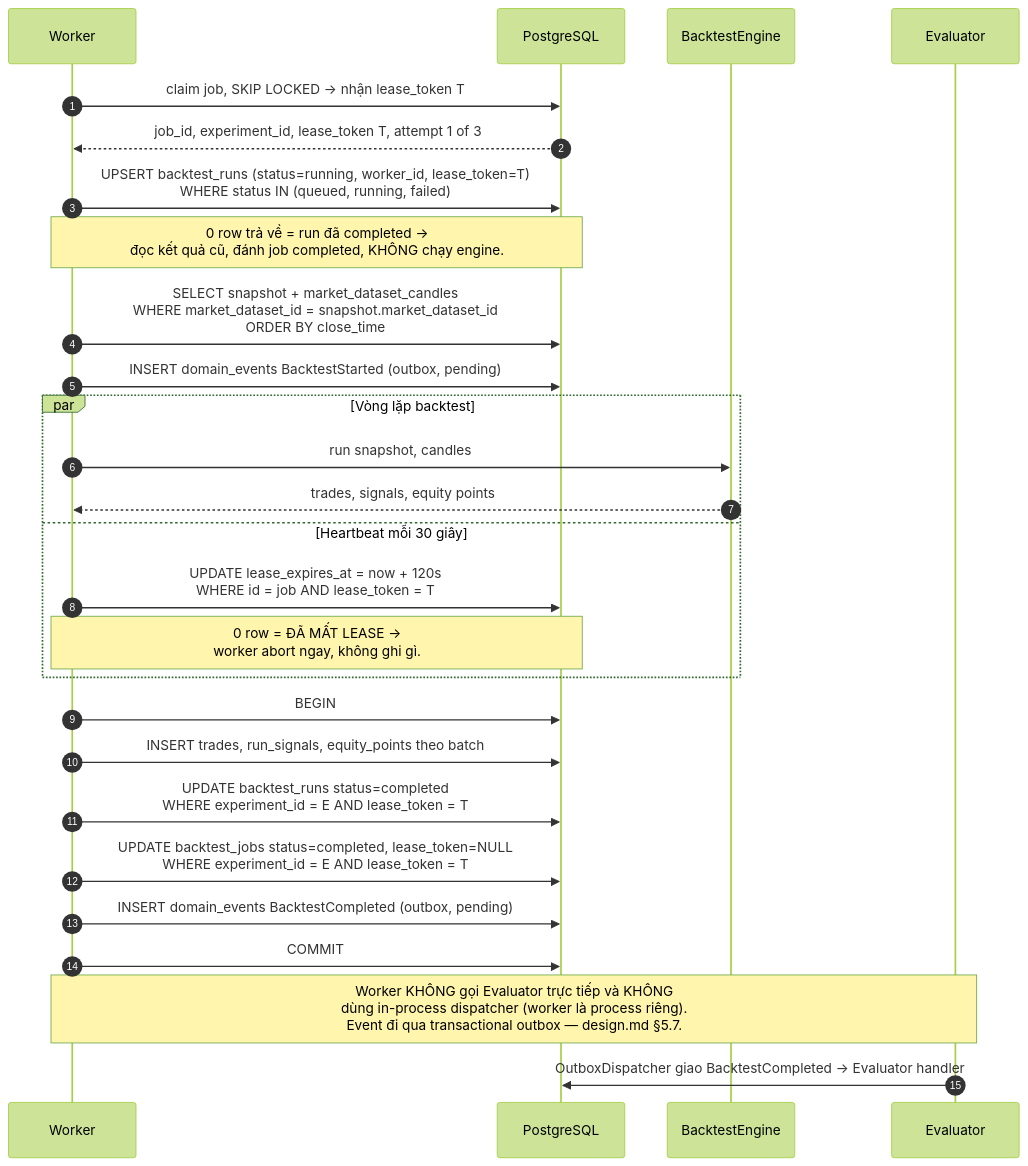
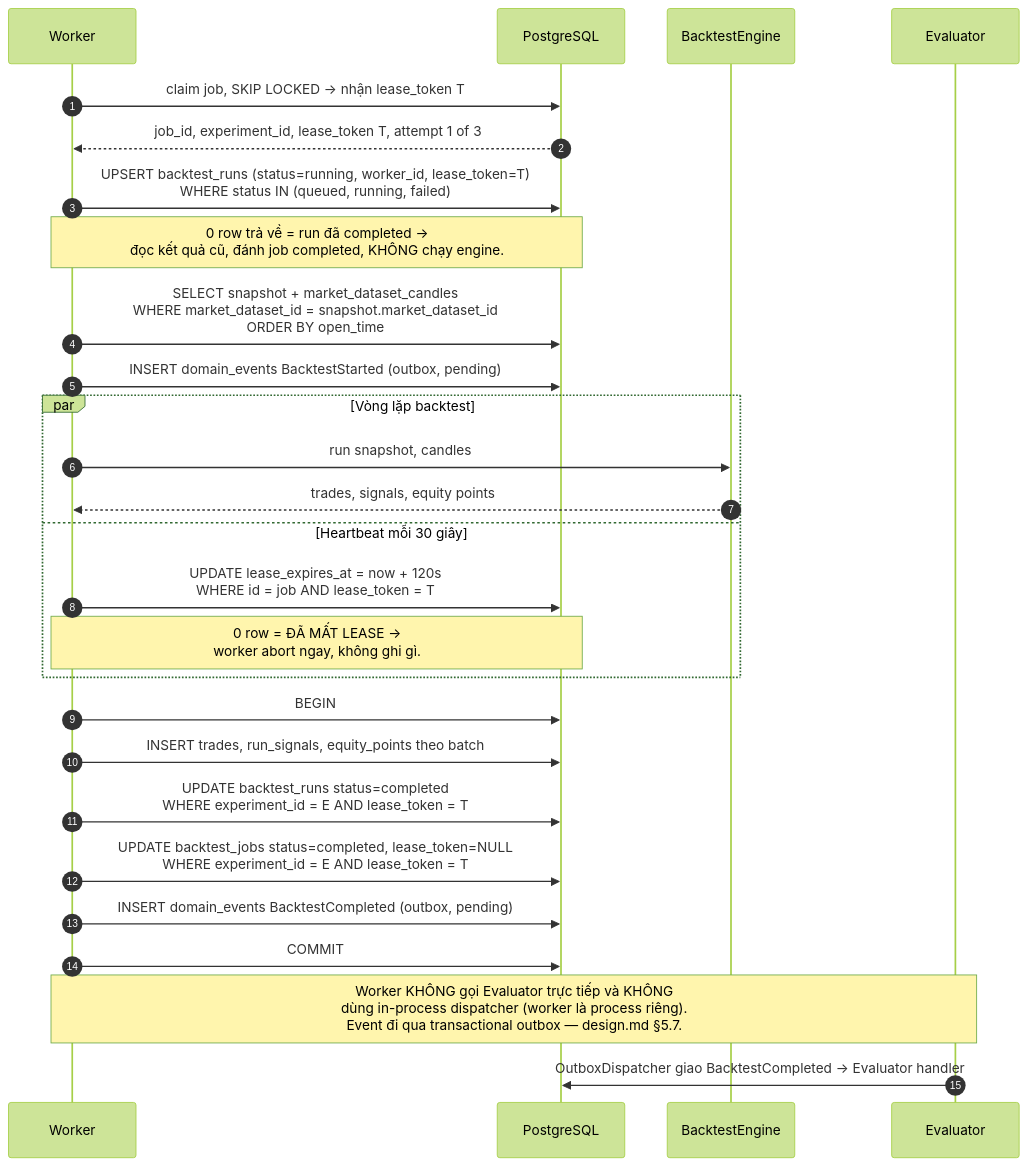
Before and after one commit to EnsoTech-Studio/CryptoBot: the diagram in blueprint/assets/diagrams/17-experiment-worker-execution.mmd, drawn with Mermaid (forest theme). The commit also changed 69 other files, not shown here.

First line of the commit message:
docs(blueprint): reconcile Go architecture

```diff
--- a/blueprint/assets/diagrams/17-experiment-worker-execution.mmd
+++ b/blueprint/assets/diagrams/17-experiment-worker-execution.mmd
@@ -1,28 +1,28 @@
 sequenceDiagram
     autonumber
     participant W as Worker
     participant DB as PostgreSQL
     participant ENG as BacktestEngine
     participant EVA as Evaluator
 
     W->>DB: claim job, SKIP LOCKED → nhận lease_token T
     DB-->>W: job_id, experiment_id, lease_token T, attempt 1 of 3
     W->>DB: UPSERT backtest_runs (status=running, worker_id, lease_token=T)<br/>WHERE status IN (queued, running, failed)
     Note over W,DB: 0 row trả về = run đã completed →<br/>đọc kết quả cũ, đánh job completed, KHÔNG chạy engine.
-    W->>DB: SELECT snapshot + market_dataset_candles<br/>WHERE market_dataset_id = snapshot.market_dataset_id<br/>ORDER BY close_time
+    W->>DB: SELECT snapshot + market_dataset_candles<br/>WHERE market_dataset_id = snapshot.market_dataset_id<br/>ORDER BY open_time
     W->>DB: INSERT domain_events BacktestStarted (outbox, pending)
     par Vòng lặp backtest
         W->>ENG: run snapshot, candles
         ENG-->>W: trades, signals, equity points
     and Heartbeat mỗi 30 giây
         W->>DB: UPDATE lease_expires_at = now + 120s<br/>WHERE id = job AND lease_token = T
         Note over W,DB: 0 row = ĐÃ MẤT LEASE →<br/>worker abort ngay, không ghi gì.
     end
     W->>DB: BEGIN
     W->>DB: INSERT trades, run_signals, equity_points theo batch
     W->>DB: UPDATE backtest_runs status=completed<br/>WHERE experiment_id = E AND lease_token = T
     W->>DB: UPDATE backtest_jobs status=completed, lease_token=NULL<br/>WHERE experiment_id = E AND lease_token = T
     W->>DB: INSERT domain_events BacktestCompleted (outbox, pending)
     W->>DB: COMMIT
     Note over W,EVA: Worker KHÔNG gọi Evaluator trực tiếp và KHÔNG<br/>dùng in-process dispatcher (worker là process riêng).<br/>Event đi qua transactional outbox — design.md §5.7.
     EVA->>DB: OutboxDispatcher giao BacktestCompleted → Evaluator handler
```
